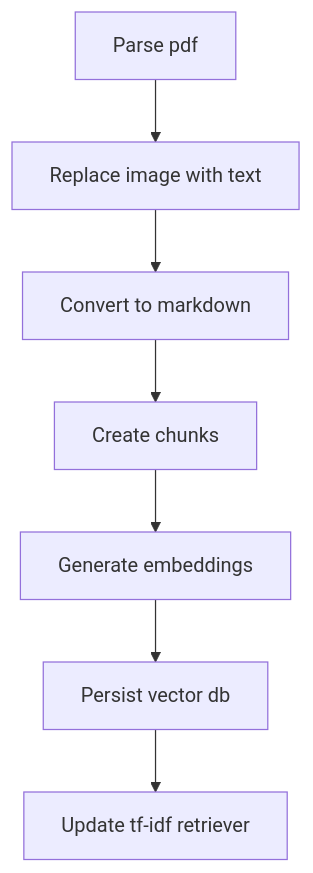
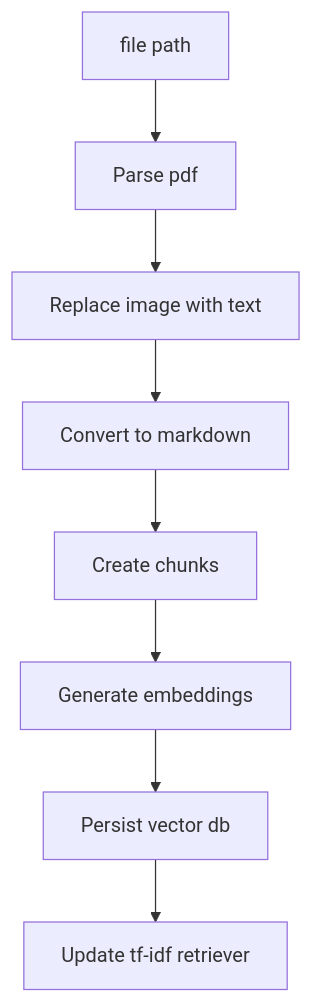
One commit to stavre02/mini-local-RAG changed the first of 2 diagrams in README.md. Above: the diagram before and after it, drawn with Mermaid. The commit also changed other lines of this file, not shown here.

````diff
--- a/README.md
+++ b/README.md
@@ -73,9 +73,10 @@
 ```mermaid
 graph TD;
-    A[Parse pdf]-->B[Replace image with text];
-    B-->C[Convert to markdown];
-    C-->D[Create chunks];
-    D-->E[Generate embeddings];
-    E --> F[Persist vector db];
-    F --> G[Update tf-idf retriever];
+    A[file path]-->B[Parse pdf];
+    B-->C[Replace image with text];
+    C-->D[Convert to markdown];
+    D-->E[Create chunks];
+    E-->F[Generate embeddings];
+    F -->G[Persist vector db];
+    G --> H[Update tf-idf retriever];
 ```
````
